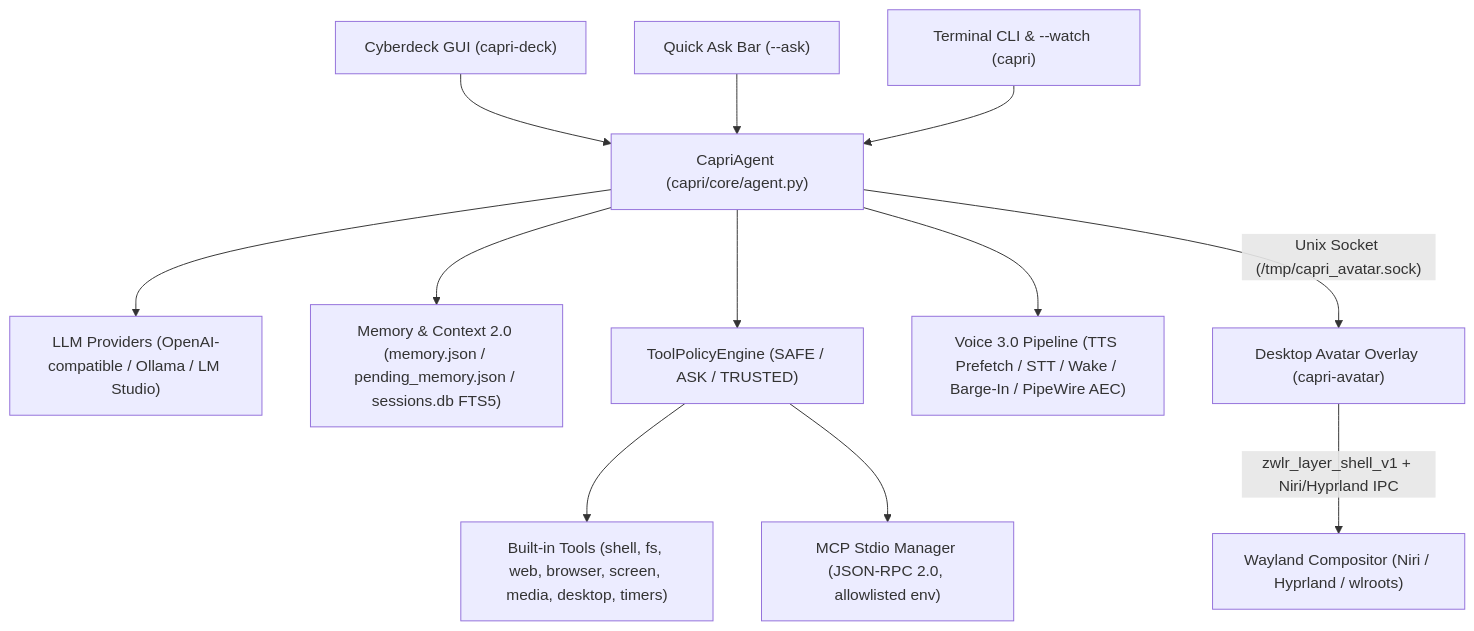
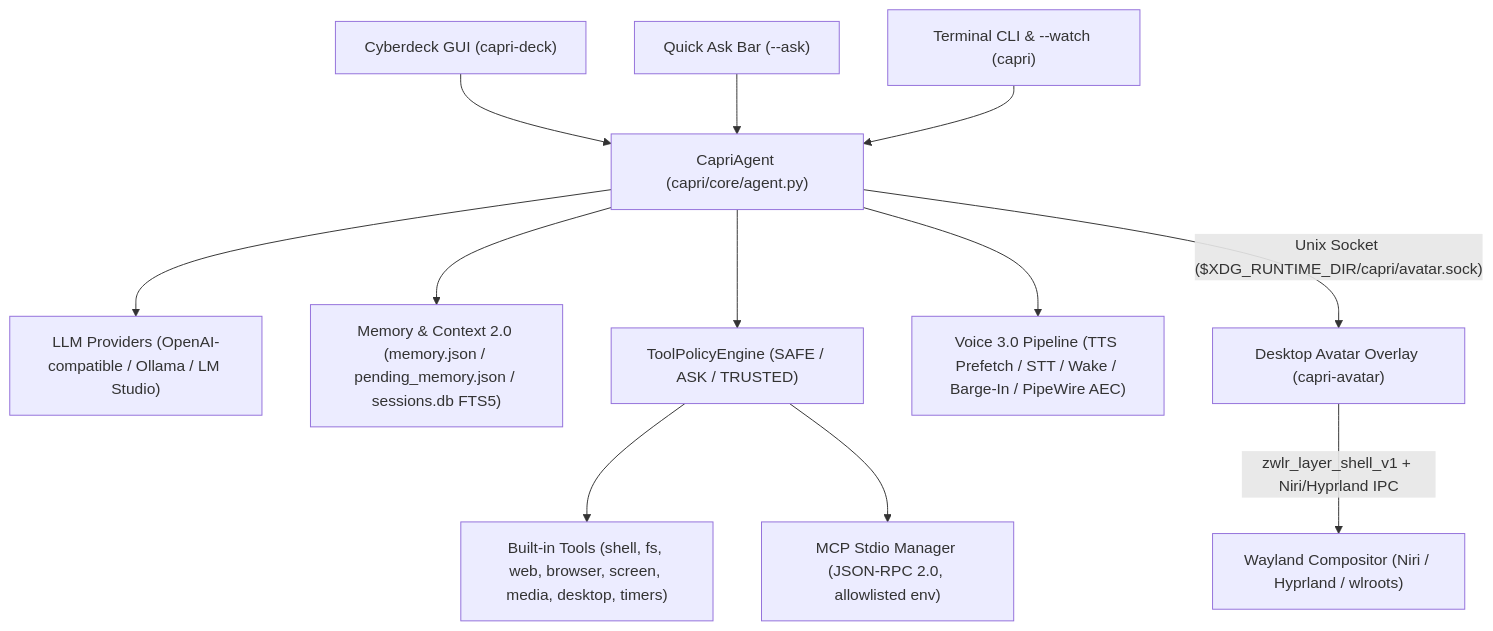
Before and after one commit to clearbranch0123/capri: the diagram in docs/ARCHITECTURE.md, drawn with Mermaid. The commit also changed other lines of this file and 24 other files, not shown here.

Commit message:
Release v3.7.0: Startup & Avatar Memory Boost, Modular Cyberdeck UI & Hardened XDG IPC

````diff
--- a/docs/ARCHITECTURE.md
+++ b/docs/ARCHITECTURE.md
@@ -9,17 +9,17 @@
 ```mermaid
 flowchart TD
     UI_Deck["Cyberdeck GUI (capri-deck)"] --> Agent["CapriAgent (capri/core/agent.py)"]
     UI_Ask["Quick Ask Bar (--ask)"] --> Agent
     UI_CLI["Terminal CLI & --watch (capri)"] --> Agent
 
     Agent --> LLM["LLM Providers (OpenAI-compatible / Ollama / LM Studio)"]
     Agent --> Mem["Memory & Context 2.0 (memory.json / pending_memory.json / sessions.db FTS5)"]
     Agent --> Policy["ToolPolicyEngine (SAFE / ASK / TRUSTED)"]
     Agent --> Voice["Voice 3.0 Pipeline (TTS Prefetch / STT / Wake / Barge-In / PipeWire AEC)"]
 
     Policy --> Tools["Built-in Tools (shell, fs, web, browser, screen, media, desktop, timers)"]
     Policy --> MCP["MCP Stdio Manager (JSON-RPC 2.0, allowlisted env)"]
 
-    Agent -- "Unix Socket (/tmp/capri_avatar.sock)" --> Avatar["Desktop Avatar Overlay (capri-avatar)"]
+    Agent -- "Unix Socket ($XDG_RUNTIME_DIR/capri/avatar.sock)" --> Avatar["Desktop Avatar Overlay (capri-avatar)"]
     Avatar -- "zwlr_layer_shell_v1 + Niri/Hyprland IPC" --> WM["Wayland Compositor (Niri / Hyprland / wlroots)"]
 ```
````
